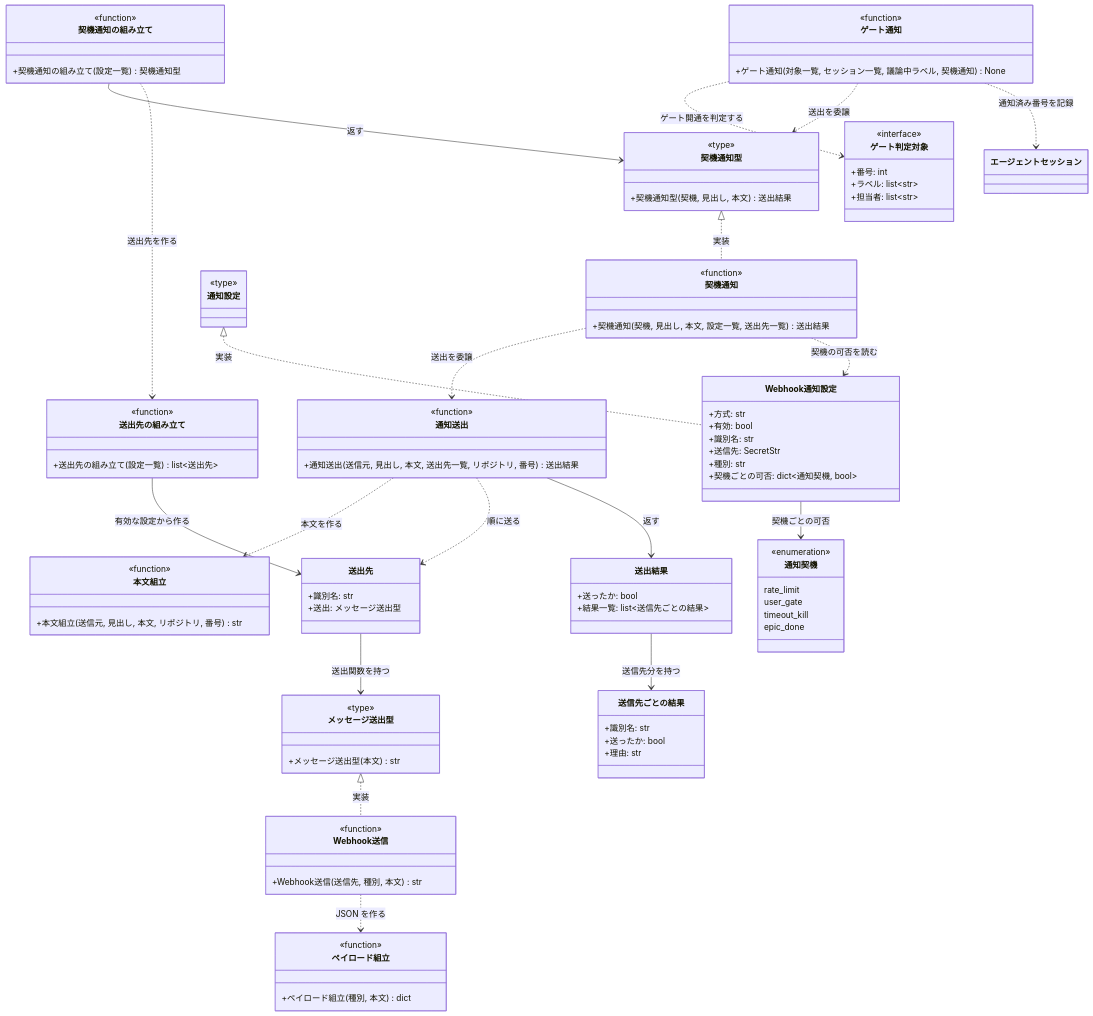
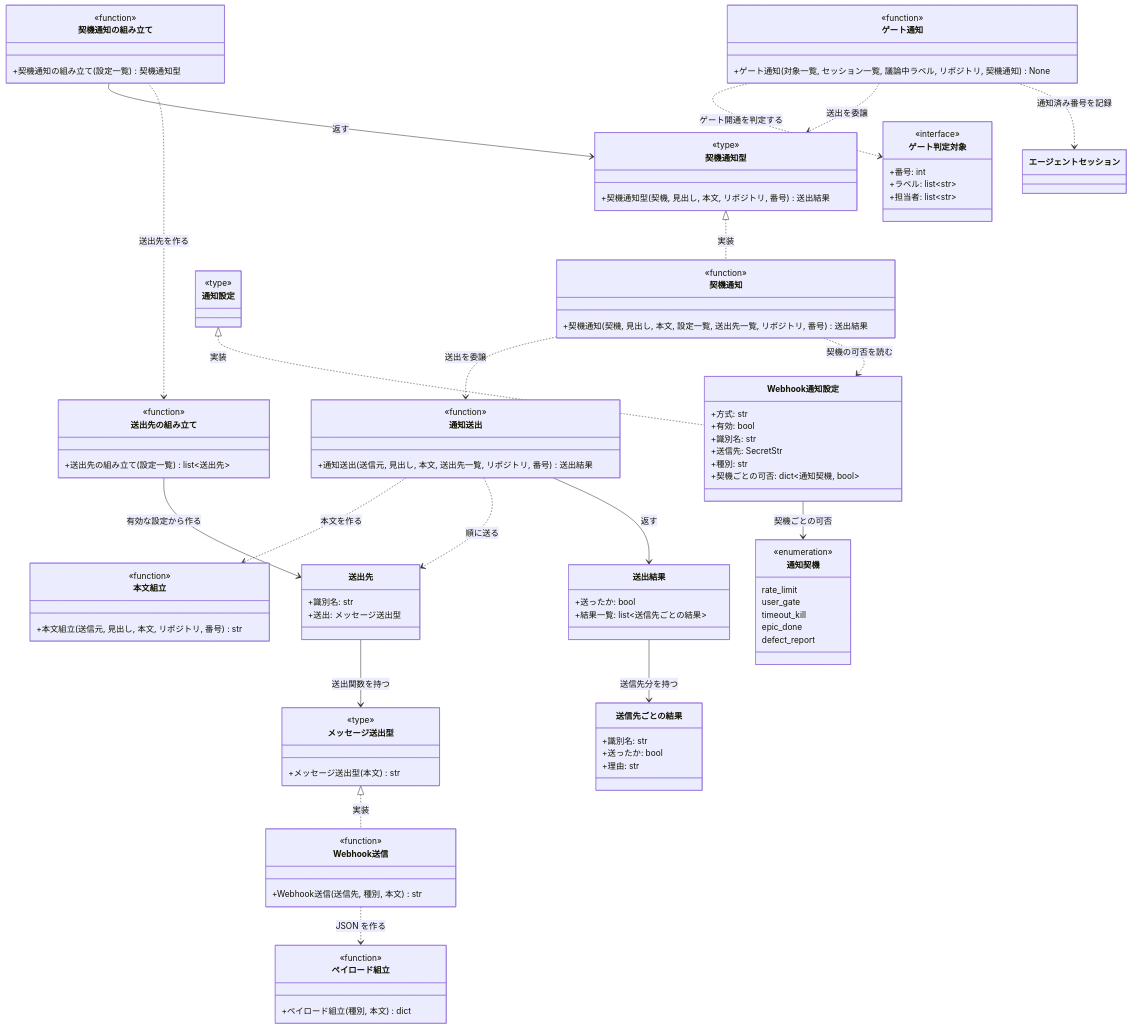
The diagram in docs/wiki/設計図/モジュール構成/モニター/通知.py.md (shuhei1101/ai-monitor), drawn with Mermaid before and after one commit. The commit also changed other lines of this file and 52 other files, not shown here.

```diff
--- a/docs/wiki/設計図/モジュール構成/モニター/通知.py.md
+++ b/docs/wiki/設計図/モジュール構成/モニター/通知.py.md
@@ -75,12 +75,12 @@
 
   class 契機通知型 {
     <<type>>
-    +契機通知型(契機, 見出し, 本文) 送出結果
+    +契機通知型(契機, 見出し, 本文, リポジトリ, 番号) 送出結果
   }
 
   class 契機通知 {
     <<function>>
-    +契機通知(契機, 見出し, 本文, 設定一覧, 送出先一覧) 送出結果
+    +契機通知(契機, 見出し, 本文, 設定一覧, 送出先一覧, リポジトリ, 番号) 送出結果
   }
 
   class 通知送出 {
@@ -148,11 +148,12 @@
     user_gate
     timeout_kill
     epic_done
+    defect_report
   }
 
   class ゲート通知 {
     <<function>>
-    +ゲート通知(対象一覧, セッション一覧, 議論中ラベル, 契機通知) None
+    +ゲート通知(対象一覧, セッション一覧, 議論中ラベル, リポジトリ, 契機通知) None
   }
 
   class ゲート判定対象 {
```
